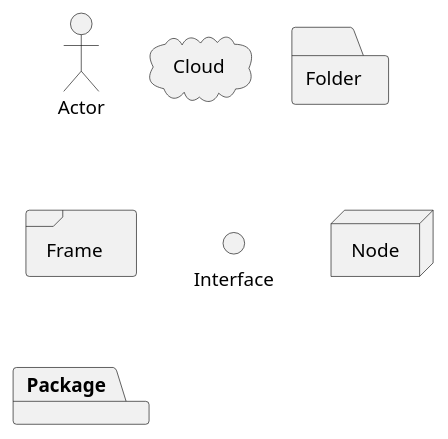
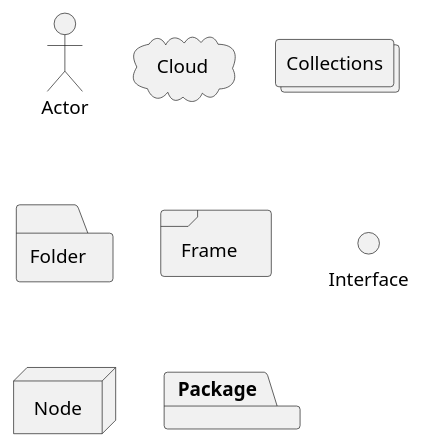
The diagram in images/icons.puml (ndlib/dam-ecosystem-mapping), drawn with PlantUML before and after one commit. The commit also changed 3 other files, not shown here.

First line of the commit message:
Adding DAPOS diagram

```diff
--- a/images/icons.puml
+++ b/images/icons.puml
@@ -1,9 +1,10 @@
 @startuml
 actor Actor
 cloud Cloud
+collections Collections
 folder Folder
 frame Frame
 interface Interface
 node Node
 package Package
 @enduml
```
